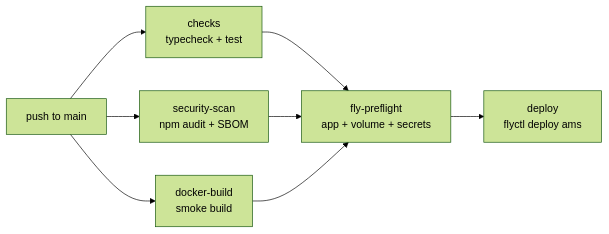
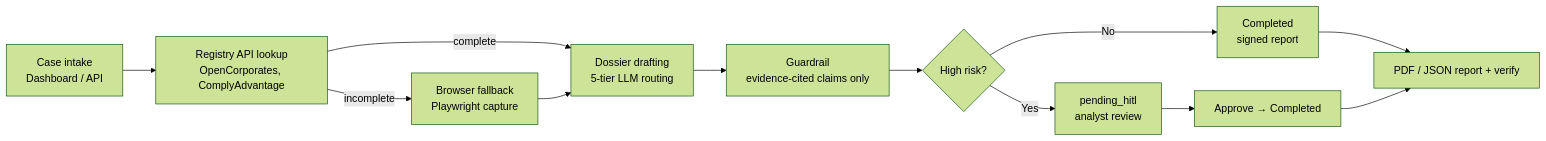
Before and after one commit to kakashi3lite/kyc-copilot: the first of 2 diagrams in README.md, drawn with Mermaid (forest theme). The commit also changed other lines of this file and 85 other files, not shown here.

````diff
--- a/README.md
+++ b/README.md
@@ -275,13 +147,14 @@
 ```mermaid
 flowchart LR
-  push[push to main] --> checks
-  push --> sast
-  push --> docker
-  checks & sast & docker --> preflight
-  preflight --> deploy
-  checks[checks<br/>typecheck + test]
-  sast[security-scan<br/>npm audit + SBOM]
-  docker[docker-build<br/>smoke build]
-  preflight[fly-preflight<br/>app + volume + secrets]
-  deploy[deploy<br/>flyctl deploy ams]
+    A[Case intake<br/>Dashboard / API] --> B[Registry API lookup<br/>OpenCorporates, ComplyAdvantage]
+    B -->|incomplete| C[Browser fallback<br/>Playwright capture]
+    B -->|complete| D[Dossier drafting<br/>5-tier LLM routing]
+    C --> D
+    D --> E[Guardrail<br/>evidence-cited claims only]
+    E --> F{High risk?}
+    F -->|No| G[Completed<br/>signed report]
+    F -->|Yes| H[pending_hitl<br/>analyst review]
+    H --> I[Approve → Completed]
+    G --> J[PDF / JSON report + verify]
+    I --> J
 ```
````
